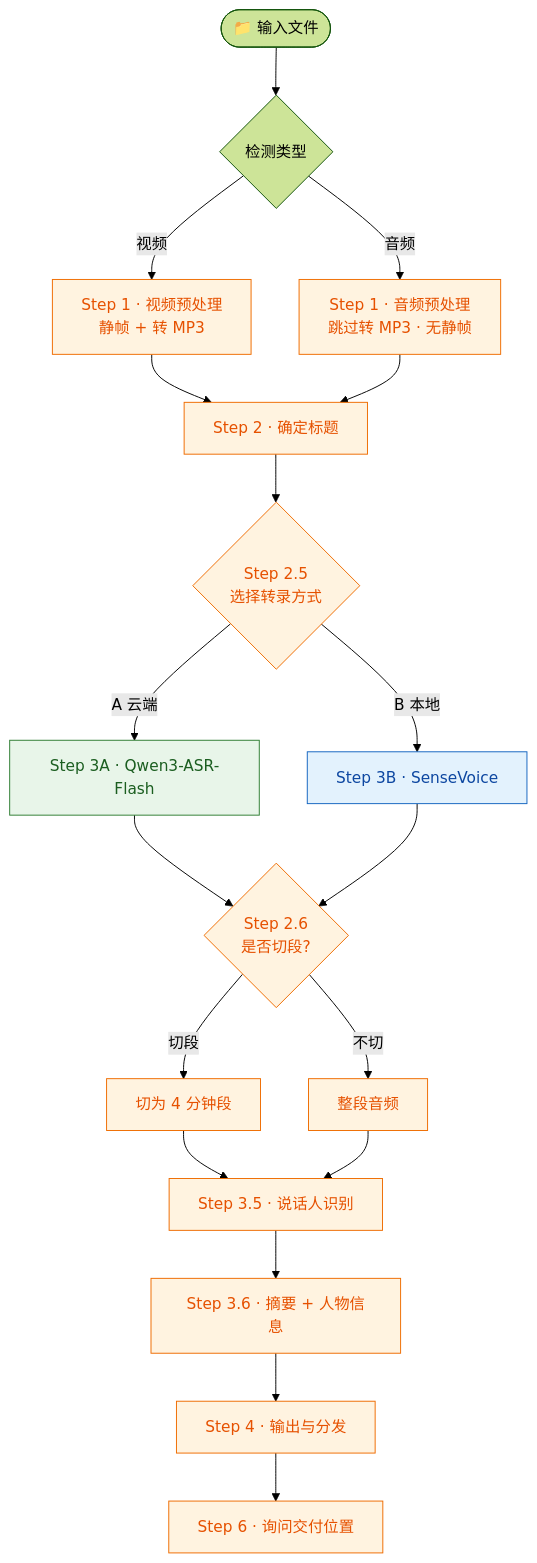
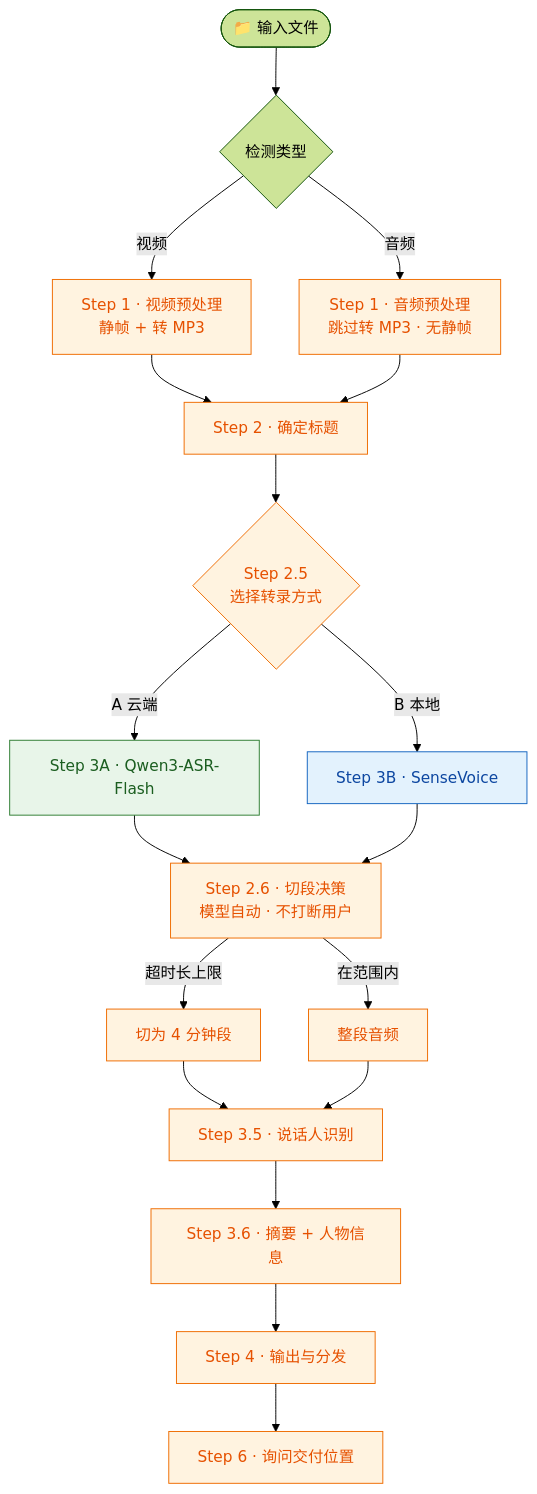
The diagram in README.md (torylyj/interview-transcriber), drawn with Mermaid (forest theme) before and after one commit. The commit also changed other lines of this file and 2 other files, not shown here.

Commit message:
fix: 切段决策改为模型按能力自动处理，不再询问用户
- Step 2.6 标题与正文：去掉'确认是否切段'与'与用户确认的话术'，改为 Agent 按所选模型时长能力自动决策（不提问、不打断）
- 云端 >5min 自动切（仅记日志），本地长音频自动切、短音频整段
- SKILL.md 描述/概述/注意事项/Step1 顶部说明同步为'模型自动、不询问用户'
- README 工作流图 Step 2.6 菱形问号改为自动决策处理节点；使用说明同步
- references/dashscope_setup.md 去掉'询问用户'残留

````diff
--- a/README.md
+++ b/README.md
@@ -151,29 +151,29 @@
 ```mermaid
 flowchart TD
     IN([📁 输入文件]) --> DET{检测类型}
     DET -->|视频| S1v[Step 1 · 视频预处理<br/>静帧 + 转 MP3]
     DET -->|音频| S1a[Step 1 · 音频预处理<br/>跳过转 MP3 · 无静帧]
     S1v --> S2[Step 2 · 确定标题]
     S1a --> S2
     S2 --> S25{Step 2.5<br/>选择转录方式}
     S25 -->|A 云端| S3A[Step 3A · Qwen3-ASR-Flash]
     S25 -->|B 本地| S3B[Step 3B · SenseVoice]
     S3A --> S26
     S3B --> S26
-    S26{Step 2.6<br/>是否切段?}
-    S26 -->|切段| SEG[切为 4 分钟段]
-    S26 -->|不切| NSEG[整段音频]
+    S26[Step 2.6 · 切段决策<br/>模型自动 · 不打断用户]
+    S26 -->|超时长上限| SEG[切为 4 分钟段]
+    S26 -->|在范围内| NSEG[整段音频]
     SEG --> S35
     NSEG --> S35
     S35[Step 3.5 · 说话人识别] --> S36[Step 3.6 · 摘要 + 人物信息]
     S36 --> S4[Step 4 · 输出与分发]
     S4 --> S6[Step 6 · 询问交付位置]
 
     classDef cloud fill:#e8f5e9,stroke:#2e7d32,color:#1b5e20;
     classDef local fill:#e3f2fd,stroke:#1565c0,color:#0d47a1;
     classDef main fill:#fff3e0,stroke:#ef6c00,color:#e65100;
     class S3A cloud;
     class S3B local;
     class S1v,S1a,S2,S25,S26,S35,S36,S4,S6,SEG,NSEG main;
     linkStyle default stroke-width:1px;
 ```
````
